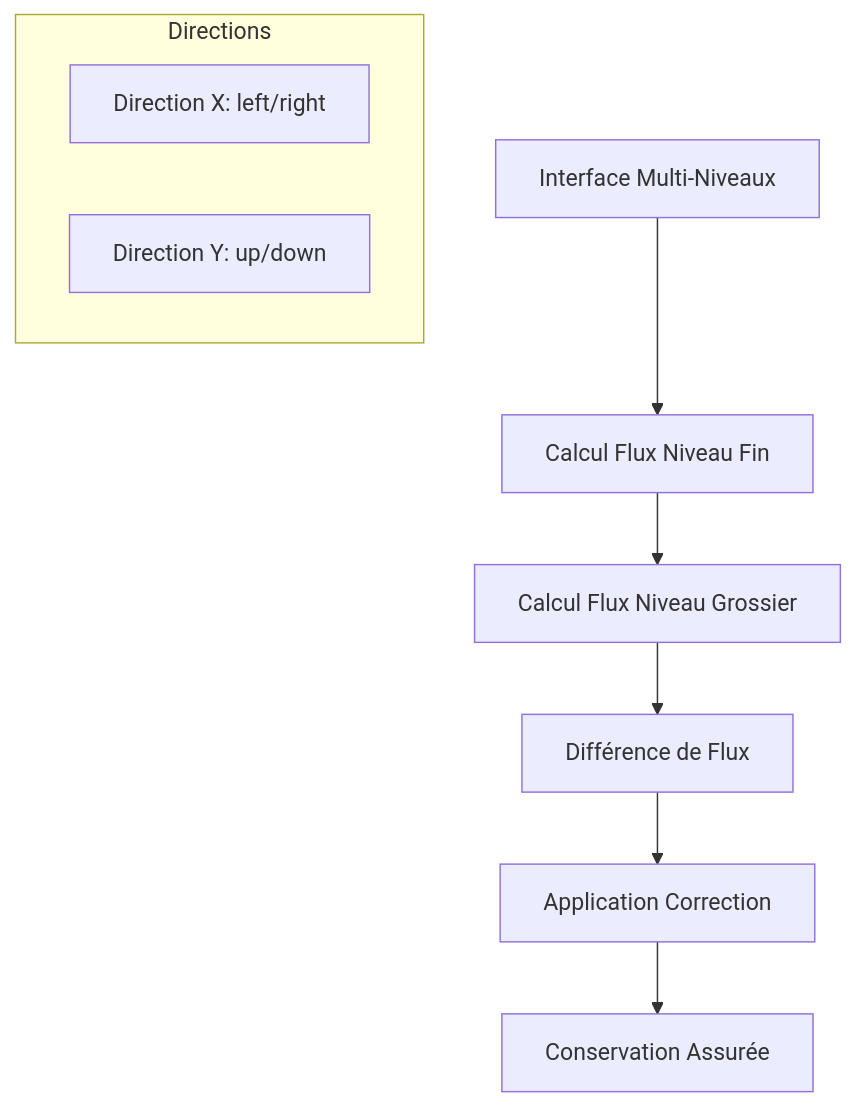
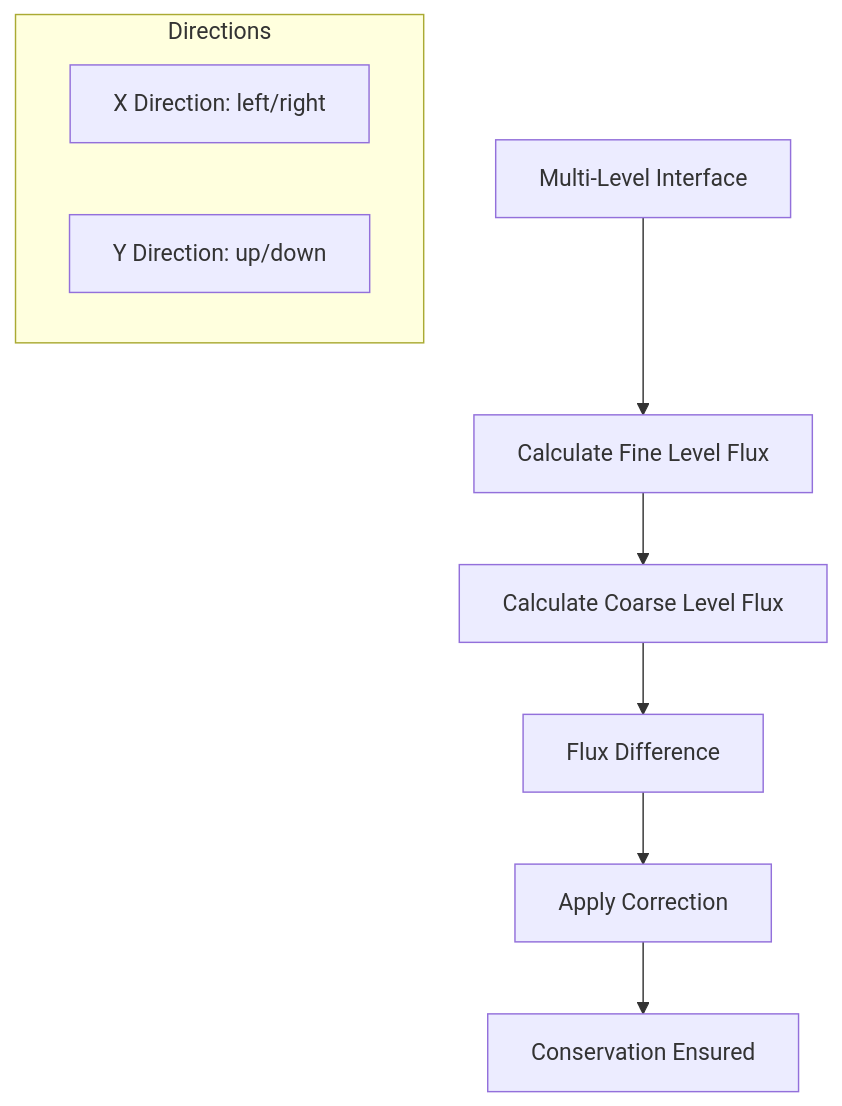
The second of 5 diagrams in docs/advection_2d_test_case.md (sbstndb/samurai), drawn with Mermaid before and after one commit. The commit also changed other lines of this file and 8 other files, not shown here.

````diff
--- a/docs/advection_2d_test_case.md
+++ b/docs/advection_2d_test_case.md
@@ -187,13 +187,13 @@
 ```mermaid
 graph TD
-    A[Interface Multi-Niveaux] --> B[Calcul Flux Niveau Fin]
-    B --> C[Calcul Flux Niveau Grossier]
-    C --> D[Différence de Flux]
-    D --> E[Application Correction]
-    E --> F[Conservation Assurée]
+    A[Multi-Level Interface] --> B[Calculate Fine Level Flux]
+    B --> C[Calculate Coarse Level Flux]
+    C --> D[Flux Difference]
+    D --> E[Apply Correction]
+    E --> F[Conservation Ensured]
     
     subgraph "Directions"
-        G[Direction X: left/right]
-        H[Direction Y: up/down]
+        G[X Direction: left/right]
+        H[Y Direction: up/down]
     end
 ```
````
